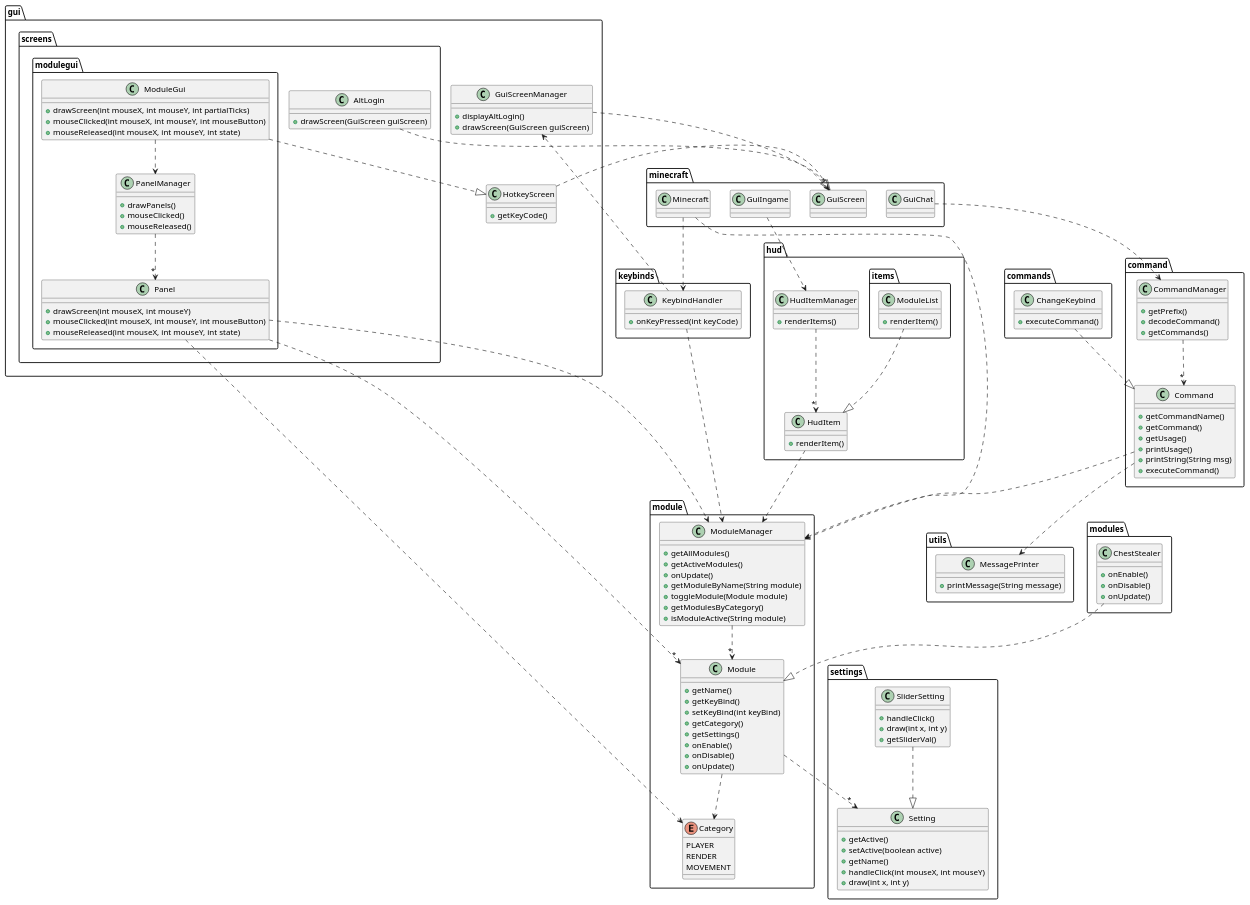
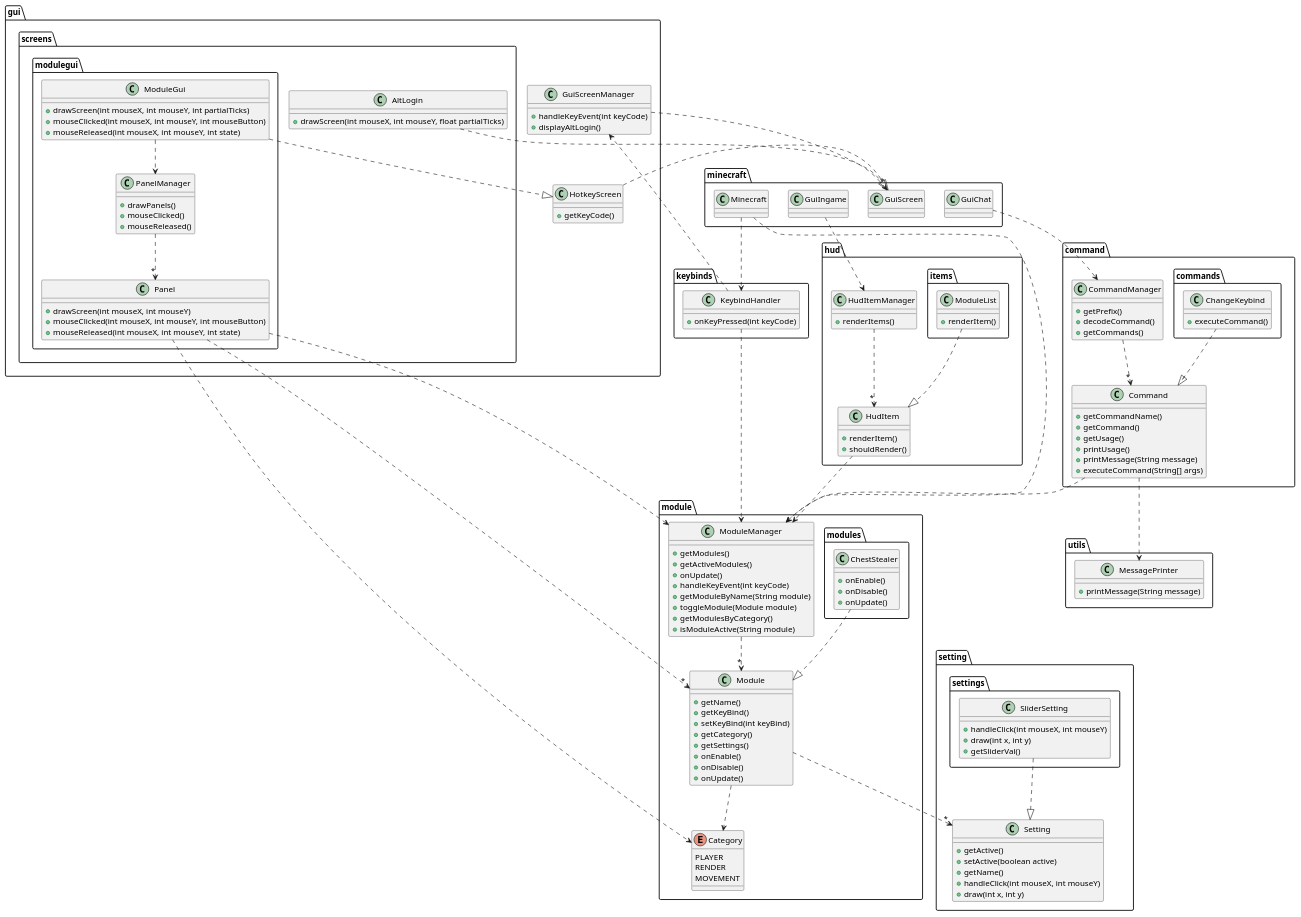
Before and after one commit to philipp-sebastian/jetclient: the diagram in jetclient/docs/jetclient.puml, drawn with PlantUML. The commit also changed 18 other files, not shown here.

Commit message:
Optimize imports; Change architecture

```diff
--- a/jetclient/docs/jetclient.puml
+++ b/jetclient/docs/jetclient.puml
@@ -1,180 +1,182 @@
 @startuml
 
 namespace minecraft {
 class Minecraft
 class GuiScreen
 class GuiChat
 class GuiIngame
 }
 
 namespace command {
 class Command {
     + getCommandName()
     + getCommand()
     + getUsage()
     + printUsage()
-    + printString(String msg)
+    + printMessage(String message)
+    + executeCommand(String[] args)
+}
+
+namespace commands {
+class ChangeKeybind {
     + executeCommand()
+}
 }
 
 class CommandManager {
     + getPrefix()
     + decodeCommand()
     + getCommands()
-}
-}
-
-namespace commands {
-class ChangeKeybind {
-    + executeCommand()
 }
 }
 
 namespace gui {
 namespace screens {
 namespace modulegui {
 class Panel {
     + drawScreen(int mouseX, int mouseY)
     + mouseClicked(int mouseX, int mouseY, int mouseButton)
     + mouseReleased(int mouseX, int mouseY, int state)
 }
 
 class PanelManager {
     + drawPanels()
     + mouseClicked()
     + mouseReleased()
 }
 class ModuleGui {
     + drawScreen(int mouseX, int mouseY, int partialTicks)
     + mouseClicked(int mouseX, int mouseY, int mouseButton)
     + mouseReleased(int mouseX, int mouseY, int state)
 }
 }
 
 class AltLogin {
-    + drawScreen(GuiScreen guiScreen)
+    + drawScreen(int mouseX, int mouseY, float partialTicks)
 }
 }
 
 class GuiScreenManager {
+    + handleKeyEvent(int keyCode)
     + displayAltLogin()
-    + drawScreen(GuiScreen guiScreen)
 }
 
 class HotkeyScreen {
     + getKeyCode()
 }
 }
 
 namespace hud {
 class HudItem {
     + renderItem()
+    + shouldRender()
 }
 
 namespace items {
 class ModuleList {
     + renderItem()
 }
 }
 
 class HudItemManager {
     + renderItems()
 }
 }
 
 namespace keybinds {
 class KeybindHandler {
     + onKeyPressed(int keyCode)
 }
 }
 
 namespace module {
 class Module {
     + getName()
     + getKeyBind()
     + setKeyBind(int keyBind)
     + getCategory()
     + getSettings()
     + onEnable()
     + onDisable()
     + onUpdate()
 }
 
+namespace modules {
+class ChestStealer {
+    + onEnable()
+    + onDisable()
+    + onUpdate()
+}
+}
+
 class ModuleManager {
-    + getAllModules()
+    + getModules()
     + getActiveModules()
     + onUpdate()
+    + handleKeyEvent(int keyCode)
     + getModuleByName(String module)
     + toggleModule(Module module)
     + getModulesByCategory()
     + isModuleActive(String module)
 }
 
 enum Category {
     PLAYER
     RENDER
     MOVEMENT
 }
 }
 
-namespace modules {
-class ChestStealer {
-    + onEnable()
-    + onDisable()
-    + onUpdate()
-}
-}
-
-namespace settings {
+namespace setting {
 class Setting {
     + getActive()
     + setActive(boolean active)
     + getName()
     + handleClick(int mouseX, int mouseY)
     + draw(int x, int y)
 }
-}
 
 namespace settings {
 class SliderSetting {
-    + handleClick()
+    + handleClick(int mouseX, int mouseY)
     + draw(int x, int y)
     + getSliderVal()
+}
 }
 }
 
 namespace utils {
 class MessagePrinter {
     + printMessage(String message)
 }
 }
 
 Minecraft ..> ModuleManager
 Minecraft ..> KeybindHandler
 GuiChat ..> CommandManager
 GuiIngame ..> HudItemManager
 GuiScreenManager ..> "*" GuiScreen
 ModuleGui ..|> HotkeyScreen
 HotkeyScreen ..|> GuiScreen
 AltLogin ..|> GuiScreen
 ModuleManager ..> "*" Module
 Module ..> Category
 Module ..> "*" Setting
 KeybindHandler ..> ModuleManager
 KeybindHandler ..> GuiScreenManager
 Panel ..> "*" Module
 Panel ..> Category
 ModuleGui ..> PanelManager
 PanelManager ..> "*" Panel
 Panel ..> ModuleManager
 HudItem ..> ModuleManager
 HudItemManager ..> "*" HudItem
 CommandManager ..> "*" Command
 Command ..> ModuleManager
 Command ..> MessagePrinter
 ChangeKeybind ..|> Command
 ModuleList ..|> HudItem
 ChestStealer ..|> Module
 SliderSetting ..|> Setting
 
 @enduml
```
